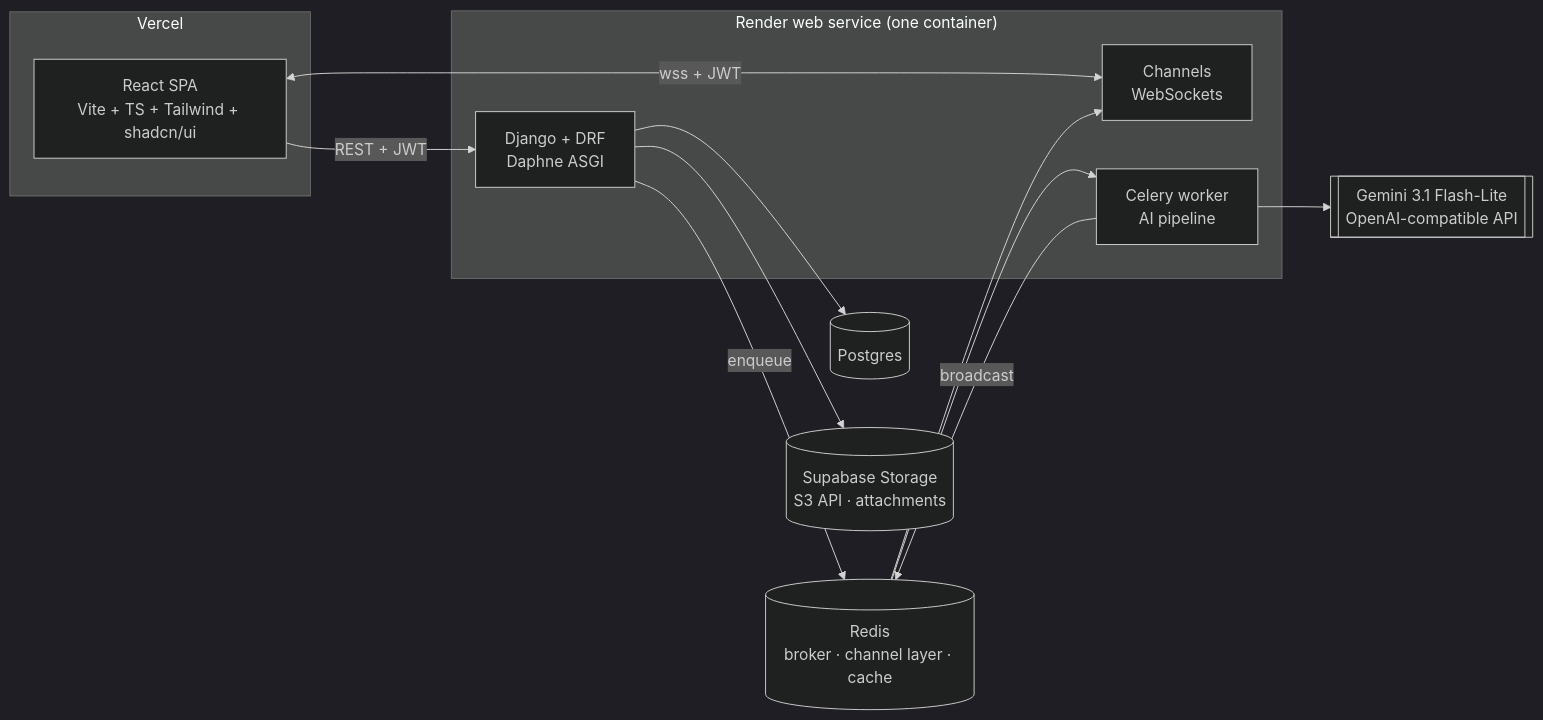
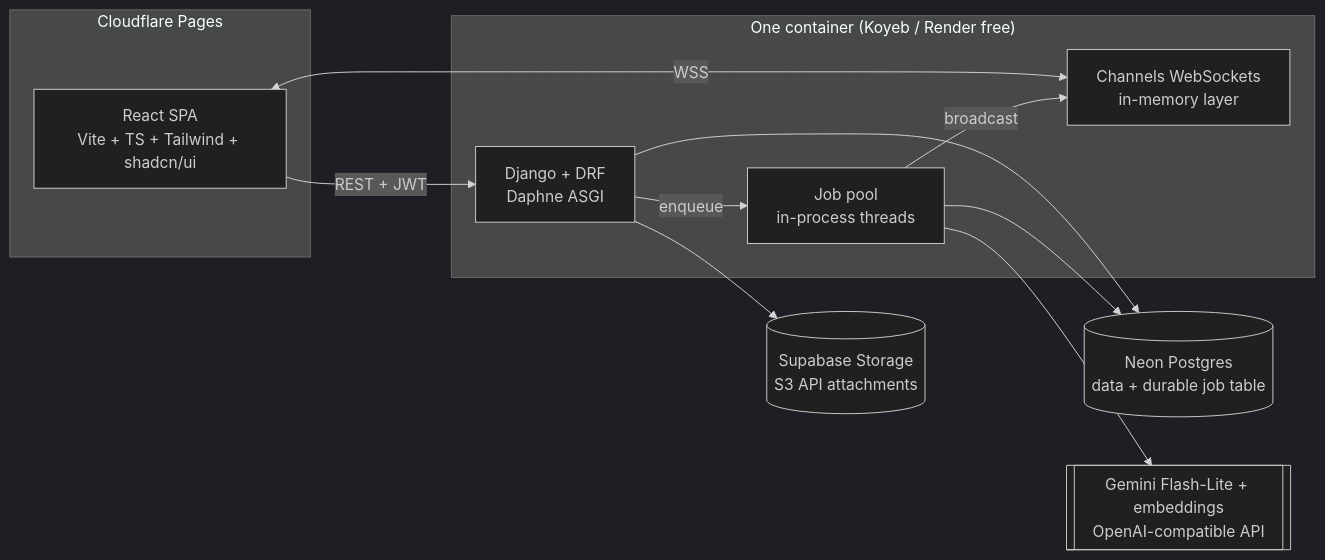
The diagram in README.md (HardikoAgarwal/ai-ticketing-system), drawn with Mermaid (dark theme) before and after one commit. The commit also changed other lines of this file and 27 other files, not shown here.

Commit message:
Add IT helpdesk and e-commerce demo templates, inbound email webhook, Docker/CI/keepalive, new README and architecture docs

````diff
--- a/README.md
+++ b/README.md
@@ -86,23 +37,22 @@
 ```mermaid
 flowchart LR
-  subgraph Vercel
+  subgraph CF["Cloudflare Pages"]
     SPA[React SPA<br/>Vite + TS + Tailwind + shadcn/ui]
   end
-  subgraph Render["Render web service (one container)"]
-    API[Django + DRF<br/>Daphne ASGI]
-    WS[Channels<br/>WebSockets]
-    W[Celery worker<br/>AI pipeline]
+  subgraph API["One container (Koyeb / Render free)"]
+    D[Django + DRF<br/>Daphne ASGI]
+    WS[Channels WebSockets<br/>in-memory layer]
+    J[Job pool<br/>in-process threads]
   end
-  PG[(Postgres)]
-  R[(Redis<br/>broker · channel layer · cache)]
-  S3[(Supabase Storage<br/>S3 API · attachments)]
-  OAI[[Gemini 3.1 Flash-Lite<br/>OpenAI-compatible API]]
-
-  SPA -- REST + JWT --> API
-  SPA <-- wss + JWT --> WS
-  API --> PG
-  API -- enqueue --> R --> W
-  W --> OAI
-  W -- broadcast --> R --> WS
-  API --> S3
+  PG[(Neon Postgres<br/>data + durable job table)]
+  S3[(Supabase Storage<br/>S3 API attachments)]
+  G[[Gemini Flash-Lite + embeddings<br/>OpenAI-compatible API]]
+  SPA -- REST + JWT --> D
+  SPA <-- WSS --> WS
+  D --> PG
+  D -- enqueue --> J
+  J --> PG
+  J --> G
+  J -- broadcast --> WS
+  D --> S3
 ```
````
